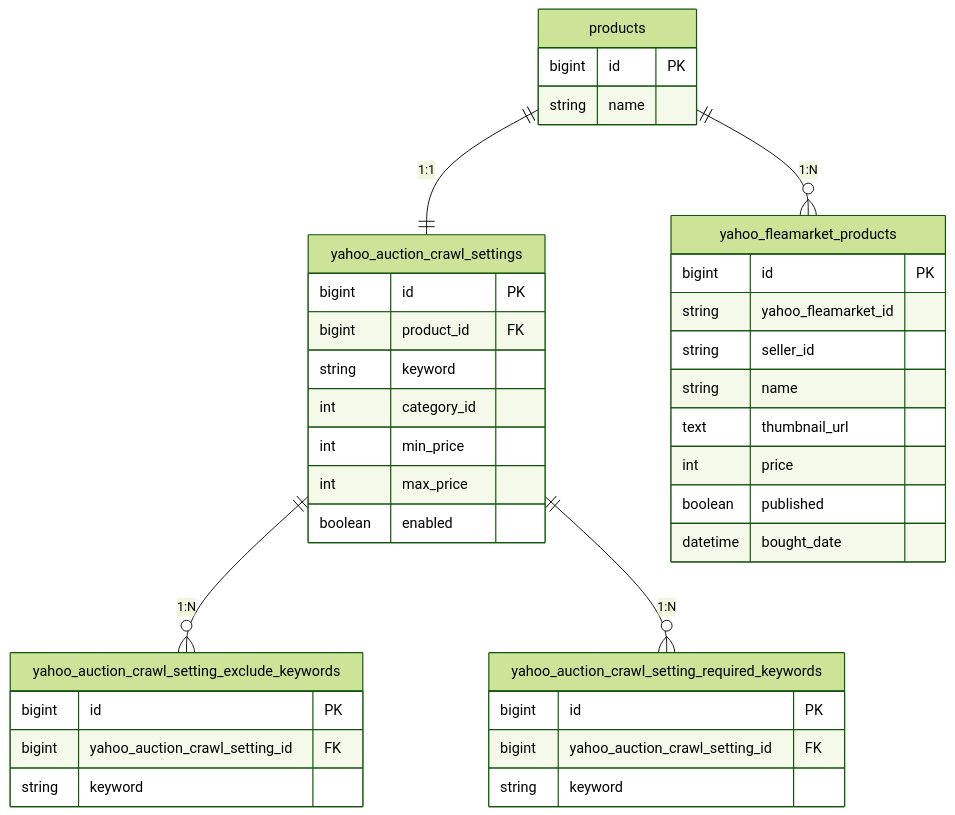
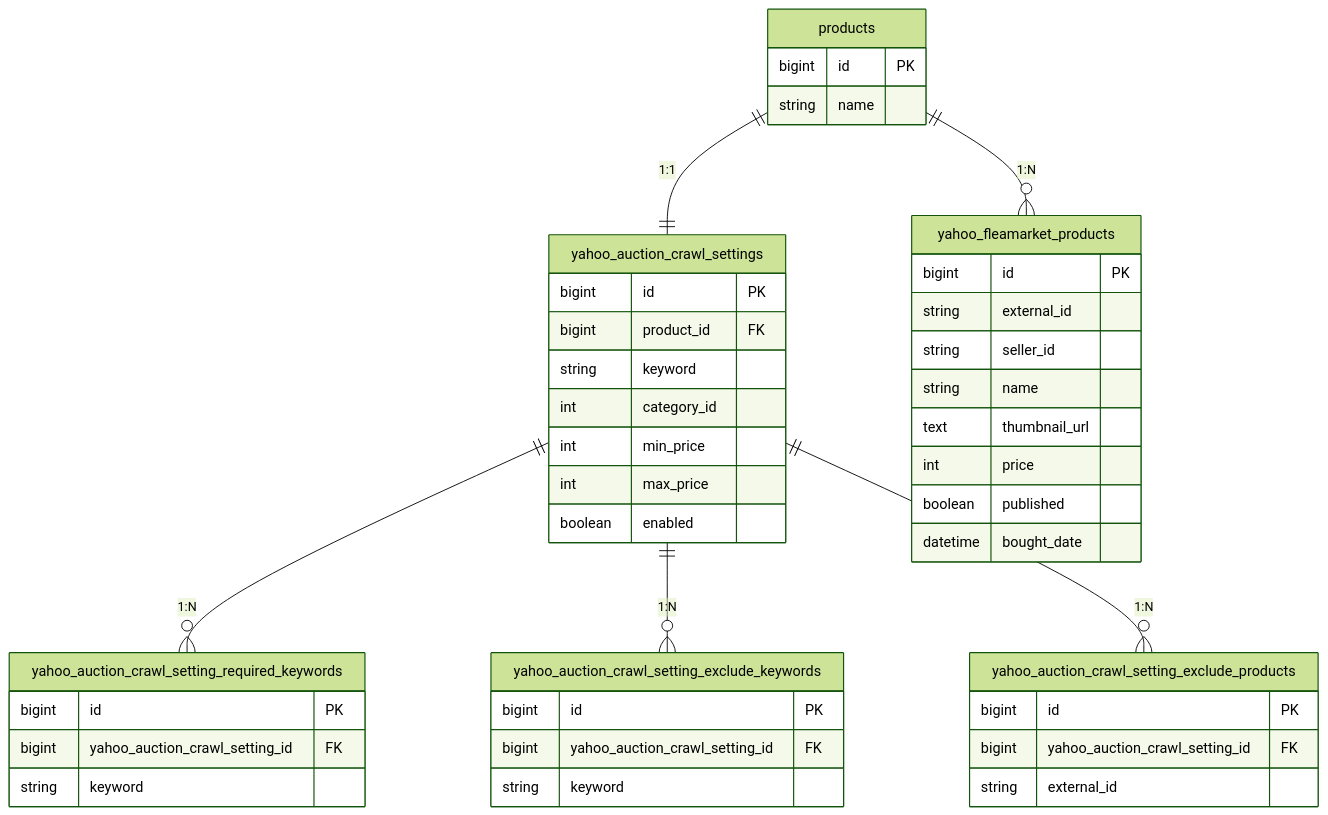
Before and after one commit to kuroweb/price-monitoring: the third of 9 diagrams in README.md, drawn with Mermaid (forest theme). The commit also changed other lines of this file, not shown here.

````diff
--- a/README.md
+++ b/README.md
@@ -127,42 +133,48 @@
 ```mermaid
 erDiagram
   products {
     bigint id PK
     string name
   }
   yahoo_auction_crawl_settings {
     bigint id PK
     bigint product_id FK
     string keyword
     int category_id
     int min_price
     int max_price
     boolean enabled
   }
+  yahoo_auction_crawl_setting_required_keywords {
+    bigint id PK
+    bigint yahoo_auction_crawl_setting_id FK
+    string keyword
+  }
   yahoo_auction_crawl_setting_exclude_keywords {
     bigint id PK
     bigint yahoo_auction_crawl_setting_id FK
     string keyword
   }
-  yahoo_auction_crawl_setting_required_keywords {
+  yahoo_auction_crawl_setting_exclude_products {
     bigint id PK
     bigint yahoo_auction_crawl_setting_id FK
-    string keyword
+    string external_id
   }
   yahoo_fleamarket_products {
     bigint id PK
-    string yahoo_fleamarket_id
+    string external_id
     string seller_id
     string name
     text thumbnail_url
     int price
     boolean published
     datetime bought_date
   }
 
   products ||--|| yahoo_auction_crawl_settings : "1:1"
+  yahoo_auction_crawl_settings ||--o{ yahoo_auction_crawl_setting_required_keywords : "1:N"
   yahoo_auction_crawl_settings ||--o{ yahoo_auction_crawl_setting_exclude_keywords : "1:N"
-  yahoo_auction_crawl_settings ||--o{ yahoo_auction_crawl_setting_required_keywords : "1:N"
+  yahoo_auction_crawl_settings ||--o{ yahoo_auction_crawl_setting_exclude_products : "1:N"
   products ||--o{ yahoo_fleamarket_products : "1:N"
 
 ```
````
